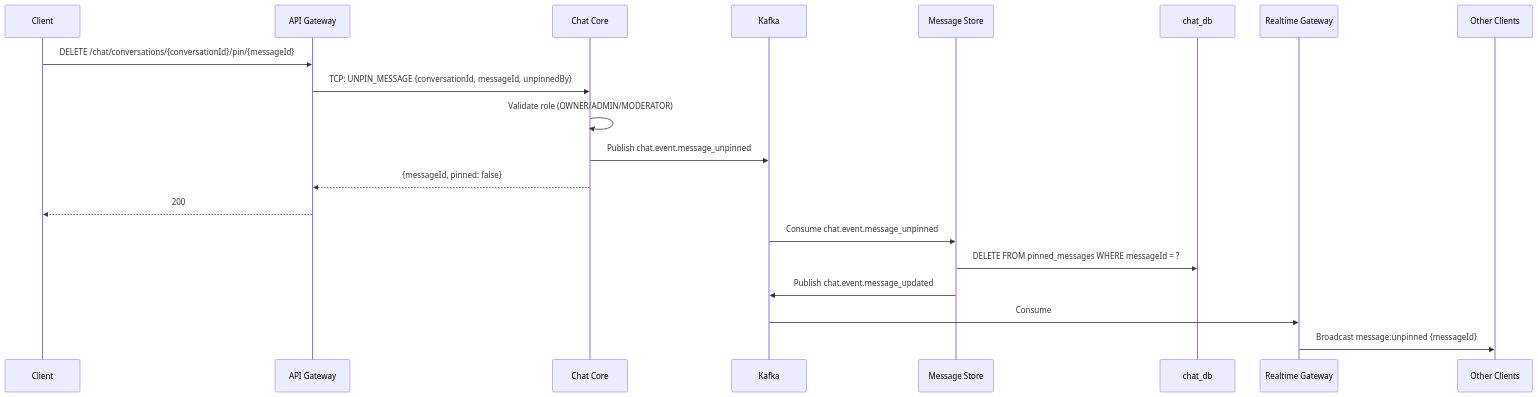
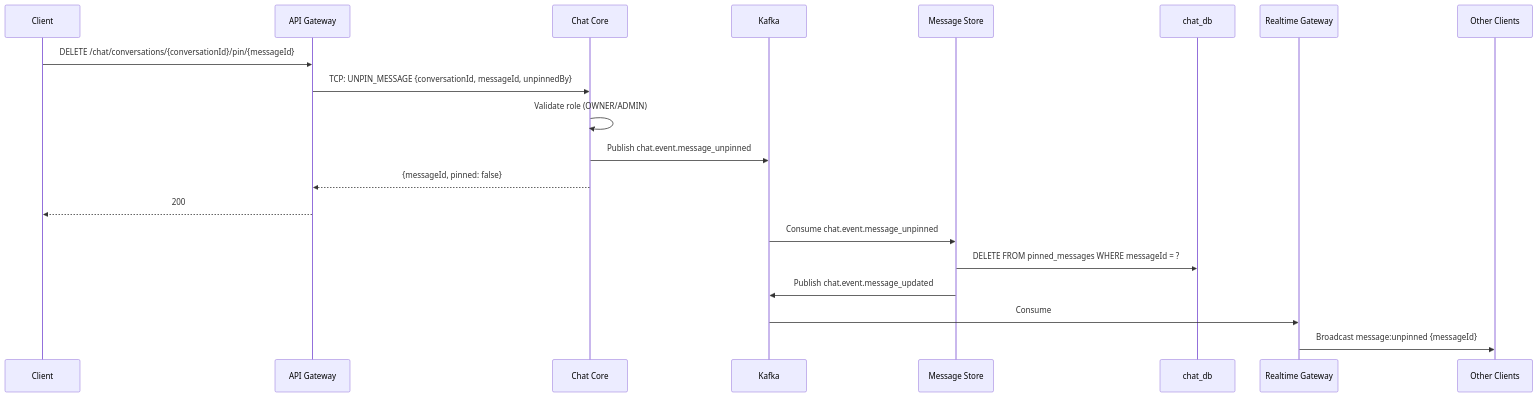
One commit to nguyenhung204/Zolo changed the ninth of 17 diagrams in docs_backend/diagrams/message-flows.md. Above: the diagram before and after it, drawn with Mermaid. The commit also changed other lines of this file and 44 other files, not shown here.

````diff
--- a/docs_backend/diagrams/message-flows.md
+++ b/docs_backend/diagrams/message-flows.md
@@ -738,24 +738,24 @@
 ```mermaid
 sequenceDiagram
     participant Client
     participant Gateway as API Gateway
     participant ChatCore as Chat Core
     participant Kafka
     participant MsgStore as Message Store
     participant ChatDB as chat_db
     participant RealtimeGW as Realtime Gateway
     participant Recipients as Other Clients
 
     Client->>Gateway: DELETE /chat/conversations/{conversationId}/pin/{messageId}
     Gateway->>ChatCore: TCP: UNPIN_MESSAGE {conversationId, messageId, unpinnedBy}
-    ChatCore->>ChatCore: Validate role (OWNER/ADMIN/MODERATOR)
+    ChatCore->>ChatCore: Validate role (OWNER/ADMIN)
     ChatCore->>Kafka: Publish chat.event.message_unpinned
     ChatCore-->>Gateway: {messageId, pinned: false}
     Gateway-->>Client: 200
 
     Kafka->>MsgStore: Consume chat.event.message_unpinned
     MsgStore->>ChatDB: DELETE FROM pinned_messages WHERE messageId = ?
     MsgStore->>Kafka: Publish chat.event.message_updated
     Kafka->>RealtimeGW: Consume
     RealtimeGW->>Recipients: Broadcast message:unpinned {messageId}
 ```
````
